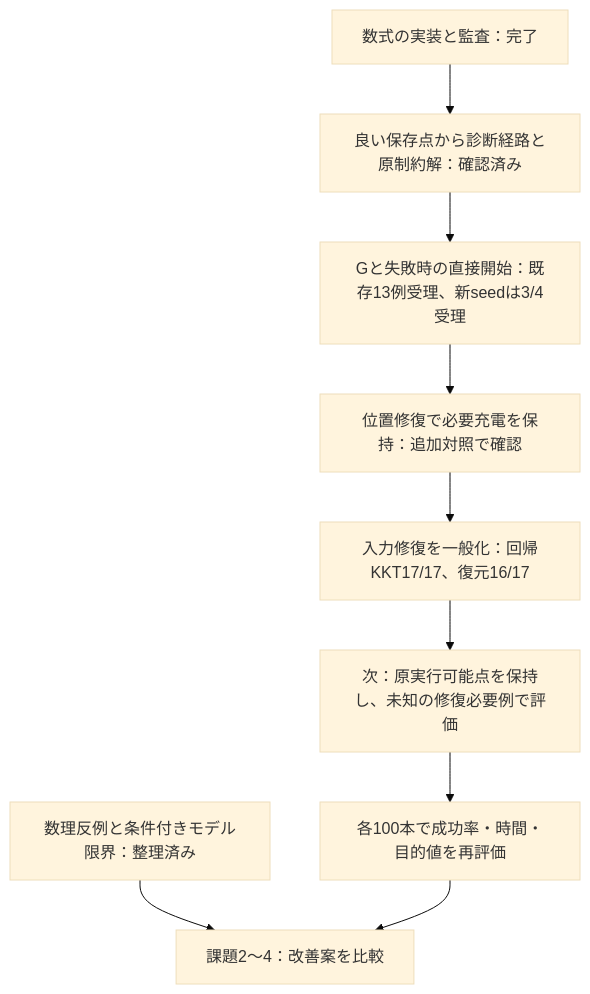
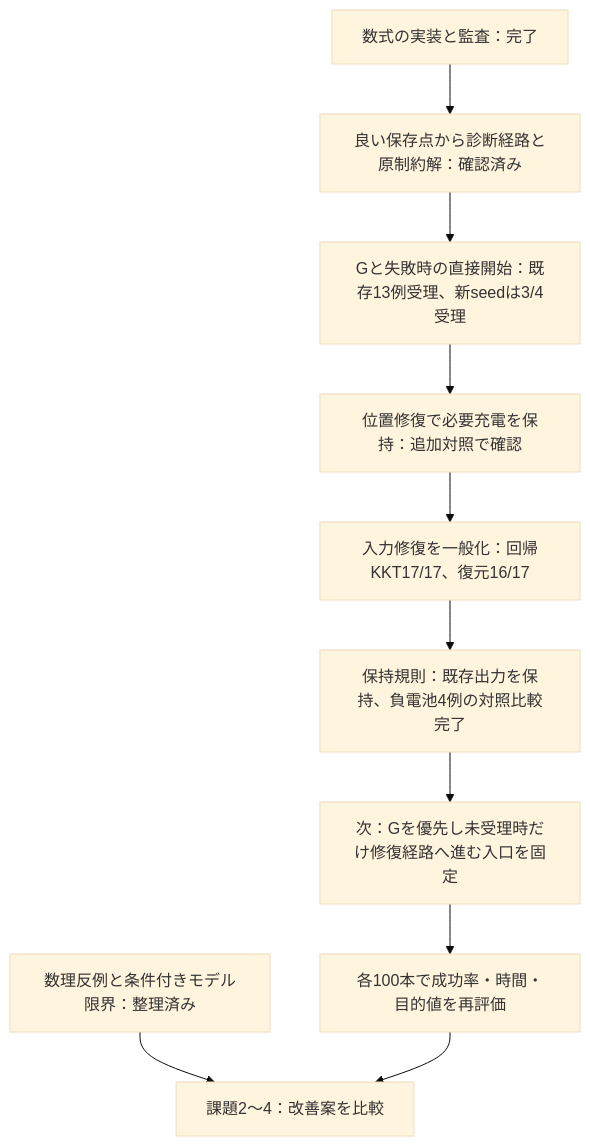
The diagram in ROADMAP.md (mordent-27/uav), drawn with Mermaid (base theme) before and after one commit. The commit also changed other lines of this file and 1 other file, not shown here.

Commit message:
docs[roadmap]: R2gの到達点とG統合の次段階を反映

````diff
--- a/ROADMAP.md
+++ b/ROADMAP.md
@@ -163,11 +174,12 @@
 ```mermaid
 flowchart TD
   A[数式の実装と監査：完了] --> B[良い保存点から診断経路と原制約解：確認済み]
   B --> C[Gと失敗時の直接開始：既存13例受理、新seedは3/4受理]
   C --> D[位置修復で必要充電を保持：追加対照で確認]
   D --> F[入力修復を一般化：回帰KKT17/17、復元16/17]
-  F --> H[次：原実行可能点を保持し、未知の修復必要例で評価]
-  H --> E[各100本で成功率・時間・目的値を再評価]
+  F --> H[保持規則：既存出力を保持、負電池4例の対照比較完了]
+  H --> I[次：Gを優先し未受理時だけ修復経路へ進む入口を固定]
+  I --> E[各100本で成功率・時間・目的値を再評価]
   T[数理反例と条件付きモデル限界：整理済み] --> U[課題2〜4：改善案を比較]
   E --> U
 ```
````
